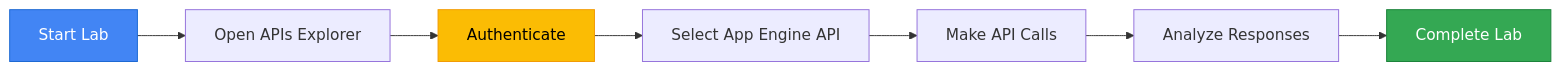
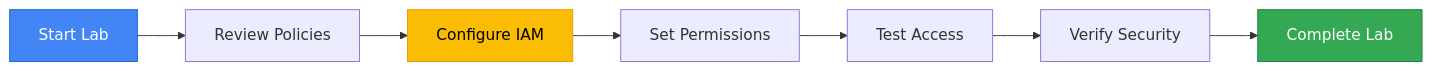
Before and after one commit to theeccentriccoder01/Google-Arcade-Labs-EduLinkUp1: the first of 4 diagrams in Analyze Findings with Security Command Center/EduLinkUp.md, drawn with Mermaid. The commit also changed other lines of this file and 263 other files, not shown here.

````diff
--- a/Analyze Findings with Security Command Center/EduLinkUp.md
+++ b/Analyze Findings with Security Command Center/EduLinkUp.md
@@ -16,13 +16,13 @@
 ```mermaid
 graph LR
-    A[Start Lab] --> B[Open APIs Explorer]
-    B --> C[Authenticate]
-    C --> D[Select App Engine API]
-    D --> E[Make API Calls]
-    E --> F[Analyze Responses]
+    A[Start Lab] --> B[Review Policies]
+    B --> C[Configure IAM]
+    C --> D[Set Permissions]
+    D --> E[Test Access]
+    E --> F[Verify Security]
     F --> G[Complete Lab]
     
     style A fill:#4285F4,stroke:#1967D2,color:#fff
     style G fill:#34A853,stroke:#188038,color:#fff
     style C fill:#FBBC04,stroke:#F29900,color:#000
 ```
````
